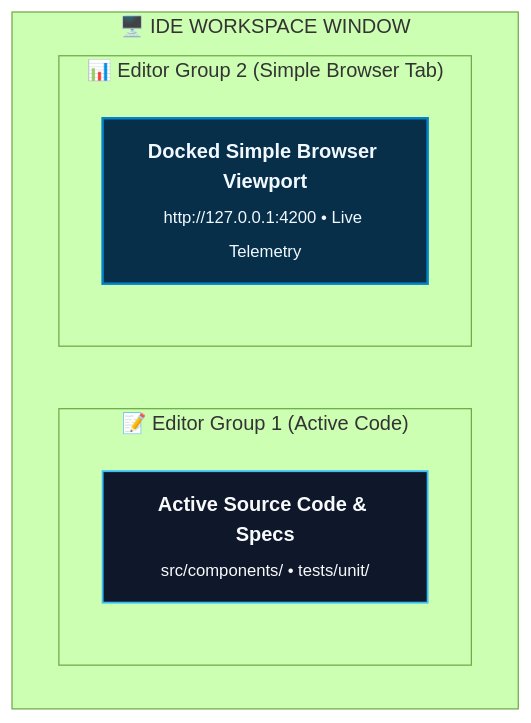
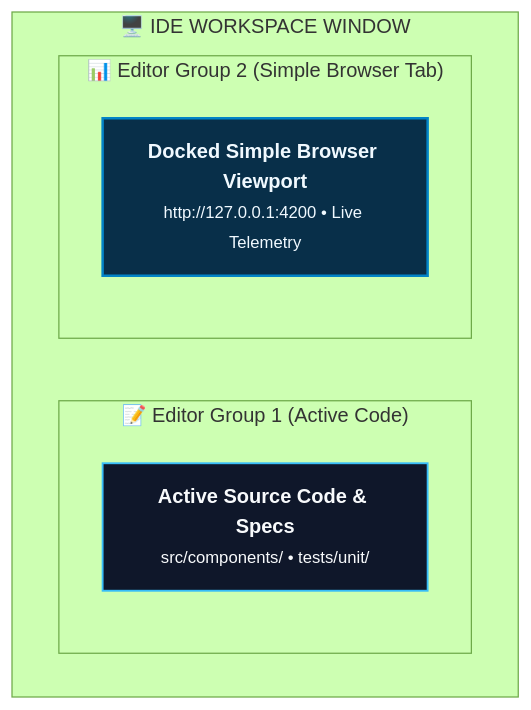
Before and after one commit to rmsofficialsyt/Agentic-AI-Vibe-Coding-AND-SDD-TDD-Codebase-Chandan-Adhikary: the third of 4 diagrams in SDD-TDD-Chandan-Adhikary/Spec-Driven-Development/Project-Manager-Dashboard/README.md, drawn with Mermaid (forest theme). The commit also changed other lines of this file and 27 other files, not shown here.

Commit message:
docs: resolve text overlap and scattering across all diagrams via semantic typography and layout contracts

````diff
--- a/SDD-TDD-Chandan-Adhikary/Spec-Driven-Development/Project-Manager-Dashboard/README.md
+++ b/SDD-TDD-Chandan-Adhikary/Spec-Driven-Development/Project-Manager-Dashboard/README.md
@@ -102,15 +104,15 @@
 ```mermaid
 flowchart TD
     classDef code fill:#0f172a,stroke:#38bdf8,stroke-width:1.5px,color:#f8fafc;
     classDef dash fill:#082f49,stroke:#0284c7,stroke-width:2px,color:#f0f9ff;
 
     subgraph IDEWindow ["🖥️ IDE WORKSPACE WINDOW"]
         direction LR
         subgraph Col1 ["📝 Editor Group 1 (Active Code)"]
-            Code["<b>Active Source Code & Specs</b><br/><sub>src/components/ • tests/unit/</sub>"]:::code
+            Code["<b>Active Source Code & Specs</b><br/><small>src/components/ • tests/unit/</small>"]:::code
         end
         subgraph Col2 ["📊 Editor Group 2 (Simple Browser Tab)"]
-            Dash["<b>Docked Simple Browser Viewport</b><br/><sub>http://127.0.0.1:4200 • Live Telemetry</sub>"]:::dash
+            Dash["<b>Docked Simple Browser Viewport</b><br/><small>http://127.0.0.1:4200 • Live Telemetry</small>"]:::dash
         end
     end
 ```
````
